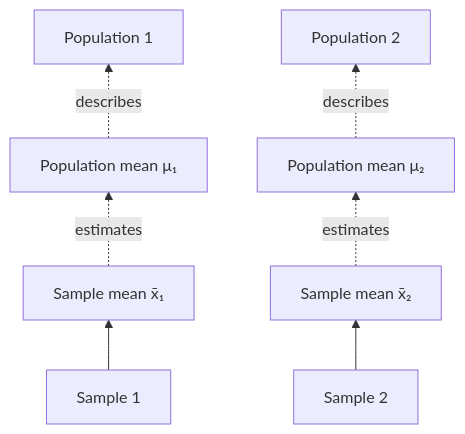
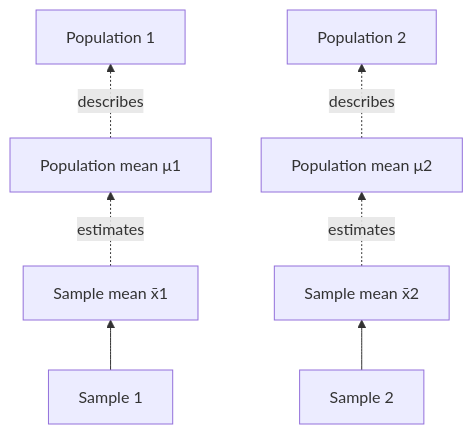
The third of 5 diagrams in Lecture-Notes/Lec06_Hypothesis-Testing/Concepts_Lecture.md (Choroning/25Fall_Probability-and-Statistics), drawn with Mermaid before and after one commit. The commit also changed other lines of this file and 15 other files, not shown here.

````diff
--- a/Lecture-Notes/Lec06_Hypothesis-Testing/Concepts_Lecture.md
+++ b/Lecture-Notes/Lec06_Hypothesis-Testing/Concepts_Lecture.md
@@ -619,9 +623,9 @@
 ```mermaid
 graph BT
-    S1["Sample 1"] --> X1["Sample mean x̄₁"]
-    S2["Sample 2"] --> X2["Sample mean x̄₂"]
-    X1 -.->|"estimates"| M1["Population mean μ₁"]
-    X2 -.->|"estimates"| M2["Population mean μ₂"]
+    S1["Sample 1"] --> X1["Sample mean x̄1"]
+    S2["Sample 2"] --> X2["Sample mean x̄2"]
+    X1 -.->|"estimates"| M1["Population mean μ1"]
+    X2 -.->|"estimates"| M2["Population mean μ2"]
     M1 -.->|"describes"| P1["Population 1"]
     M2 -.->|"describes"| P2["Population 2"]
 ```
````
